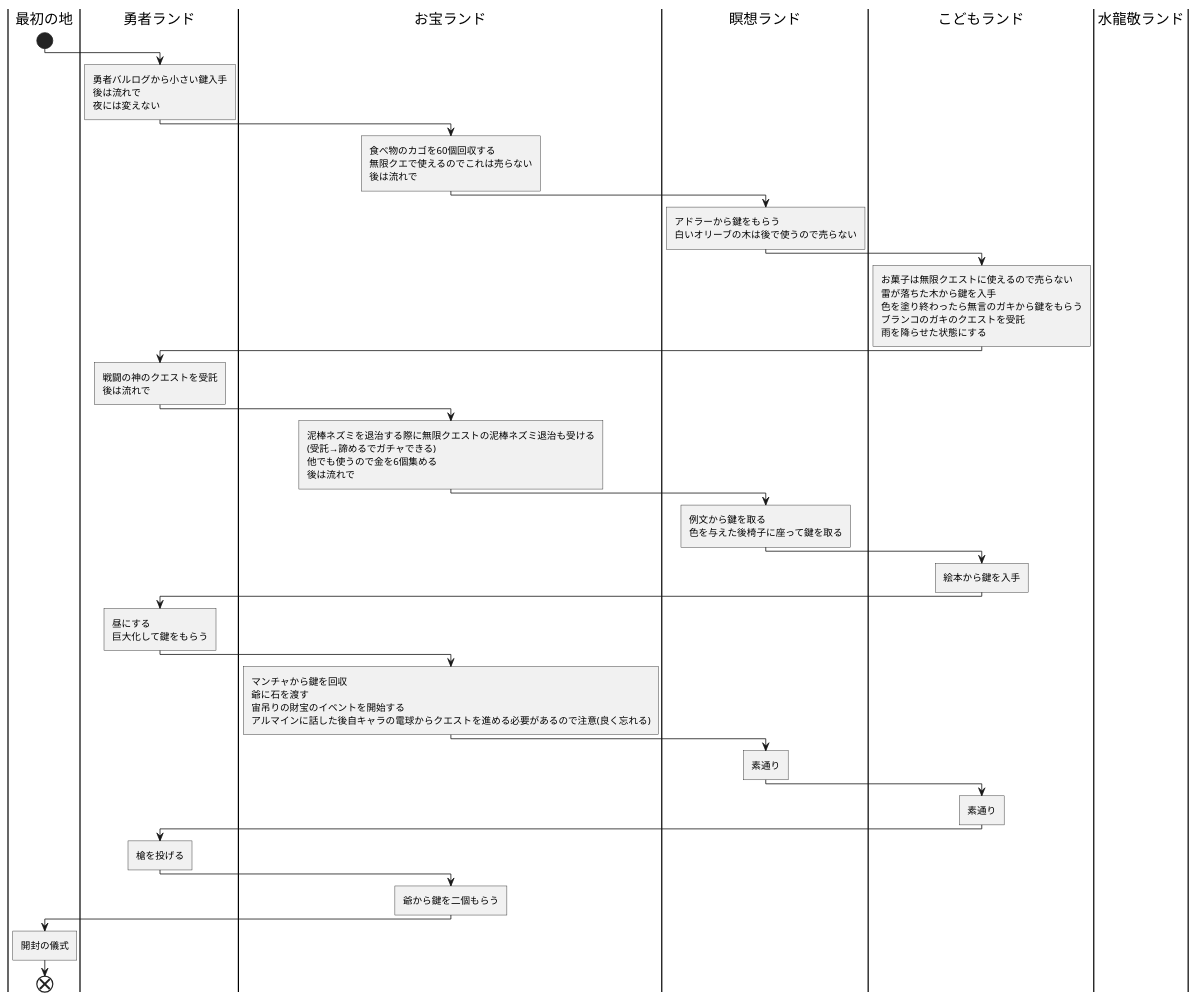
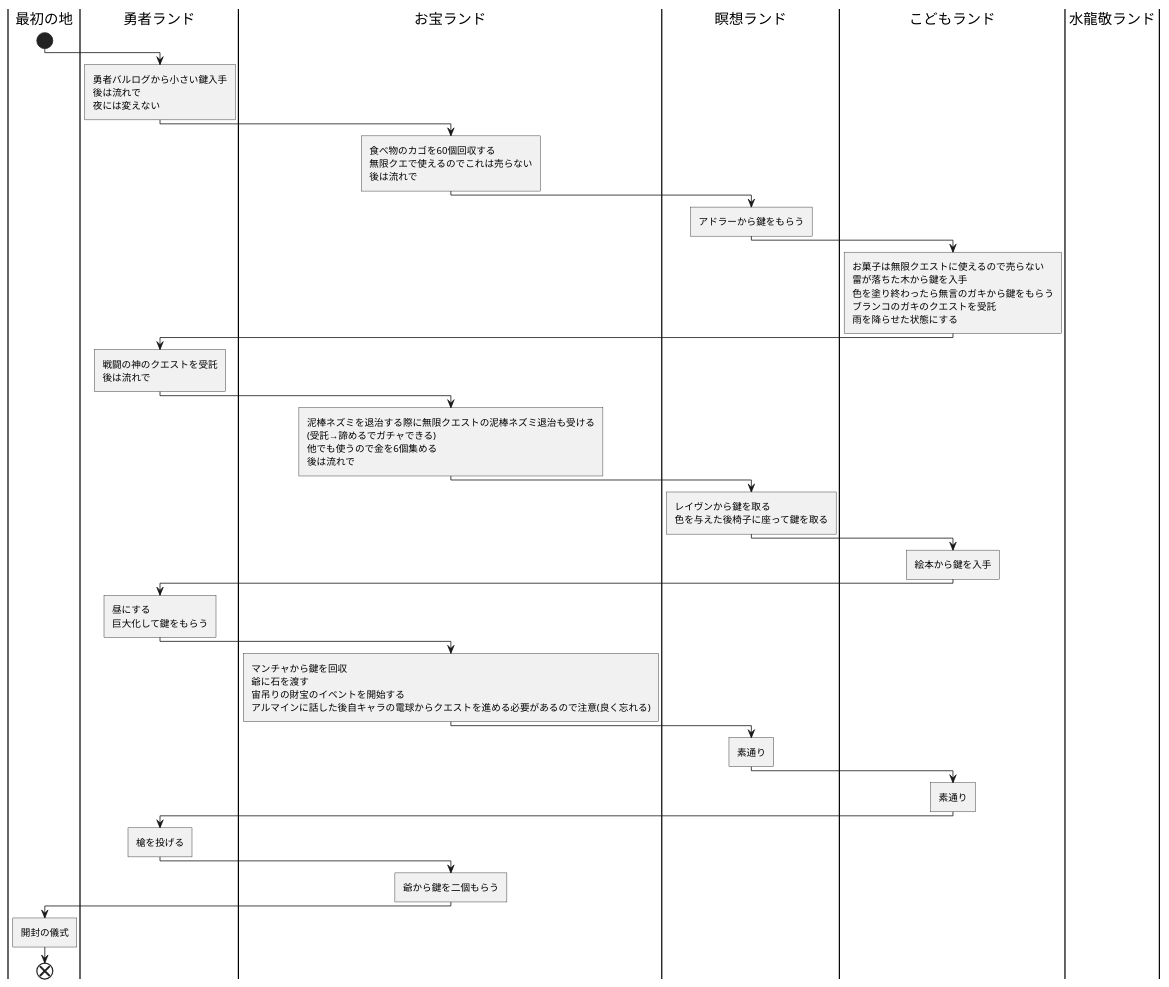
The diagram in アフターランド.puml (Star-Delta/PlantUML), drawn with PlantUML before and after one commit.

Commit message:
修正

```diff
--- a/アフターランド.puml
+++ b/アフターランド.puml
@@ -1,54 +1,53 @@
 @startuml アフターランド
     |最初の地|
     start
     |勇者ランド|
     :勇者バルログから小さい鍵入手
     後は流れで
     夜には変えない]
     |お宝ランド|
     :食べ物のカゴを60個回収する
     無限クエで使えるのでこれは売らない
     後は流れで]
     |瞑想ランド|
-    :アドラーから鍵をもらう
-    白いオリーブの木は後で使うので売らない]
+    :アドラーから鍵をもらう]
     |こどもランド|
     :お菓子は無限クエストに使えるので売らない
     雷が落ちた木から鍵を入手
     色を塗り終わったら無言のガキから鍵をもらう
     ブランコのガキのクエストを受託
     雨を降らせた状態にする]
     |勇者ランド|
     :戦闘の神のクエストを受託
     後は流れで]
     |お宝ランド|
     :泥棒ネズミを退治する際に無限クエストの泥棒ネズミ退治も受ける
     (受託→諦めるでガチャできる)
     他でも使うので金を6個集める
     後は流れで]
     |瞑想ランド|
-    :例文から鍵を取る
+    :レイヴンから鍵を取る
     色を与えた後椅子に座って鍵を取る]
     |こどもランド|
     :絵本から鍵を入手]    
     |勇者ランド|
     :昼にする
     巨大化して鍵をもらう]
     |お宝ランド|
     :マンチャから鍵を回収
     爺に石を渡す
     宙吊りの財宝のイベントを開始する
     アルマインに話した後自キャラの電球からクエストを進める必要があるので注意(良く忘れる)]
     |瞑想ランド|
     :素通り]
     |こどもランド|
     :素通り]
     |勇者ランド|
     :槍を投げる]
     |お宝ランド|
     :爺から鍵を二個もらう]
     |最初の地|
     :開封の儀式]
     end
     |水龍敬ランド|
 @enduml
```
